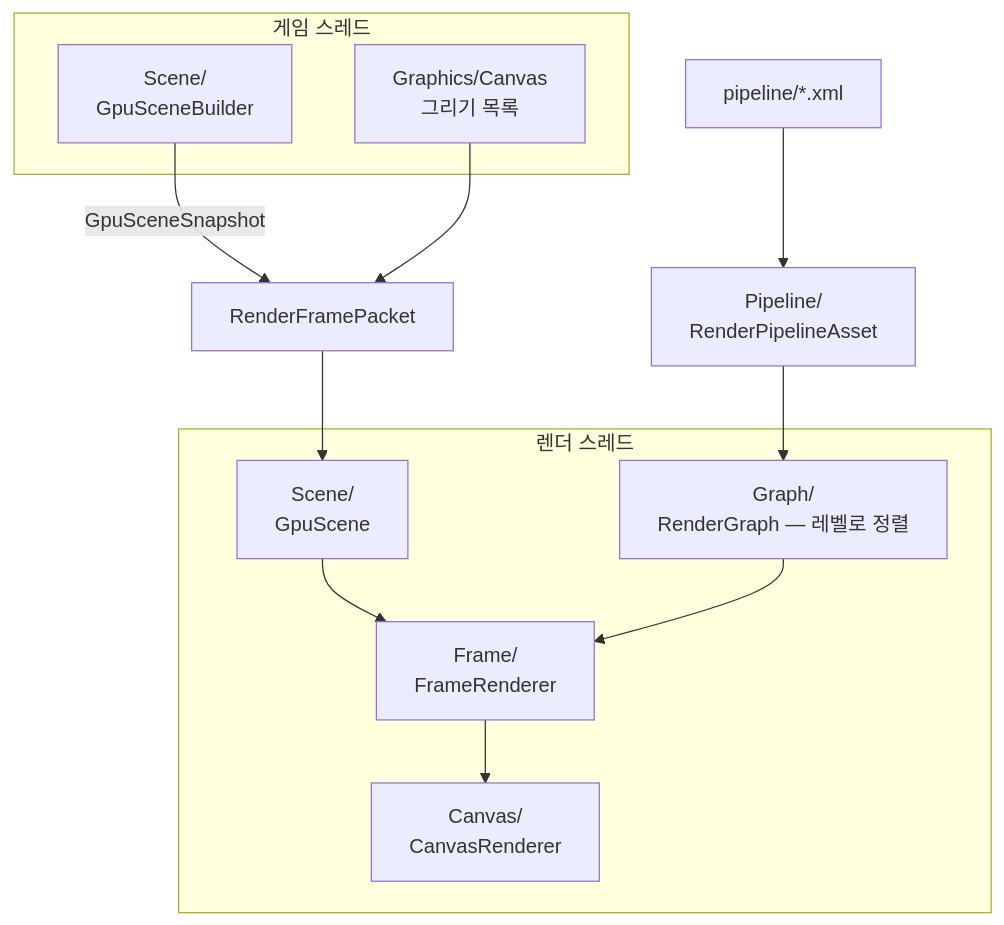
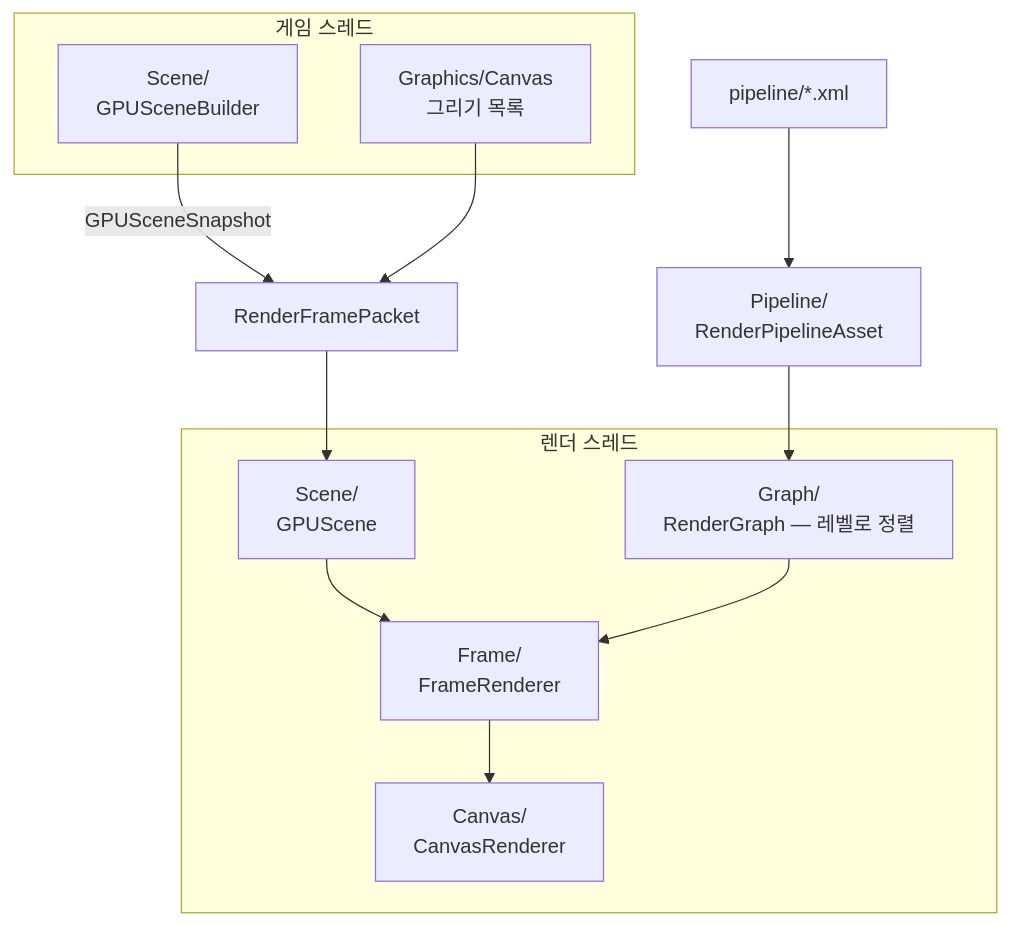
The diagram in Source/Engine/Renderer/README.md (sswgame/LearningTemplate), drawn with Mermaid before and after one commit. The commit also changed other lines of this file and 219 other files, not shown here.

````diff
--- a/Source/Engine/Renderer/README.md
+++ b/Source/Engine/Renderer/README.md
@@ -16,17 +16,17 @@
 ```mermaid
 flowchart TB
   XML["pipeline/*.xml"] --> Asset["Pipeline/<br/>RenderPipelineAsset"]
   Asset --> Graph["Graph/<br/>RenderGraph — 레벨로 정렬"]
   subgraph GT["게임 스레드"]
-    Builder["Scene/<br/>GpuSceneBuilder"]
+    Builder["Scene/<br/>GPUSceneBuilder"]
     Canvas["Graphics/Canvas<br/>그리기 목록"]
   end
-  Builder -- "GpuSceneSnapshot" --> Packet["RenderFramePacket"]
+  Builder -- "GPUSceneSnapshot" --> Packet["RenderFramePacket"]
   Canvas --> Packet
   subgraph RT["렌더 스레드"]
-    GpuScene["Scene/<br/>GpuScene"] --> Frame["Frame/<br/>FrameRenderer"]
+    GPUScene["Scene/<br/>GPUScene"] --> Frame["Frame/<br/>FrameRenderer"]
     Graph --> Frame
     Frame --> CanvasRenderer["Canvas/<br/>CanvasRenderer"]
   end
-  Packet --> GpuScene
+  Packet --> GPUScene
 ```
````
